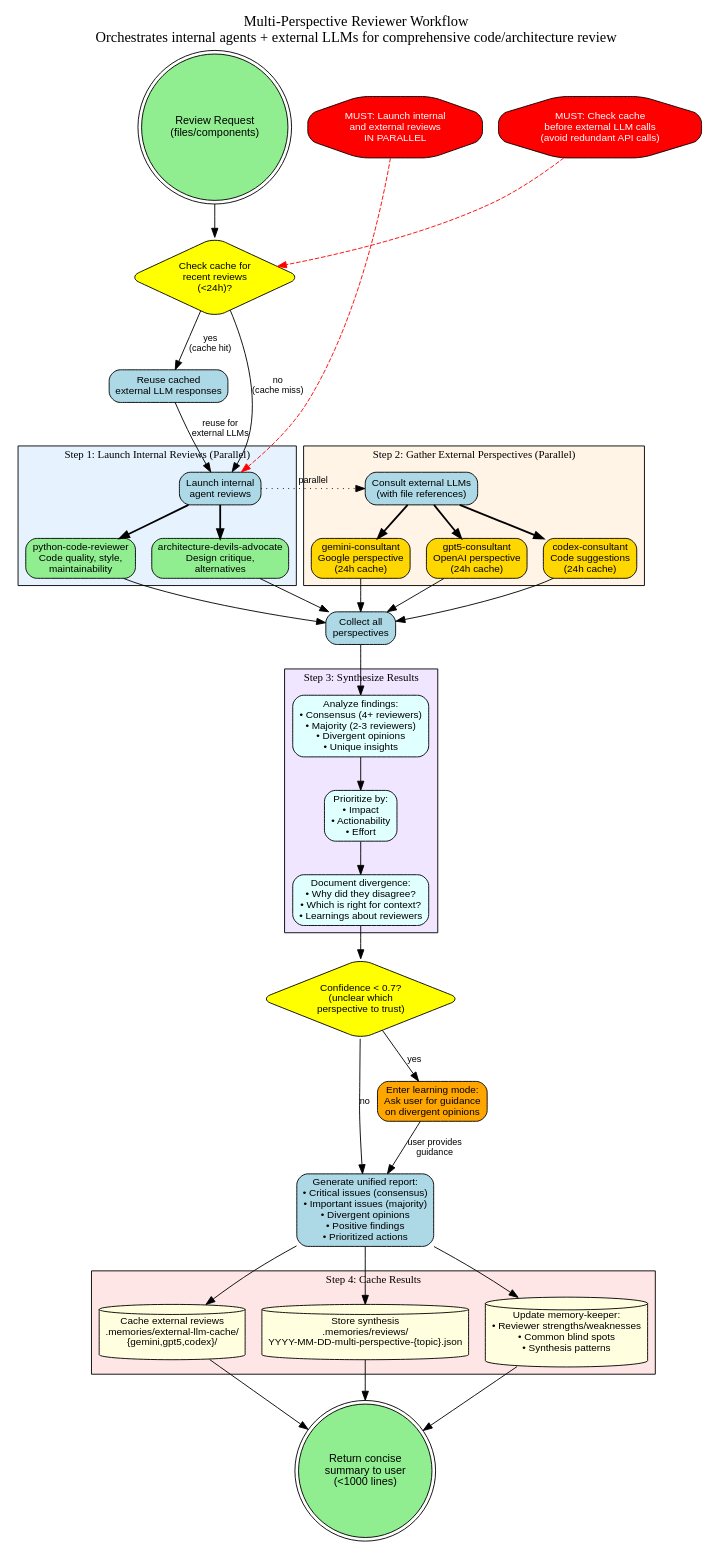
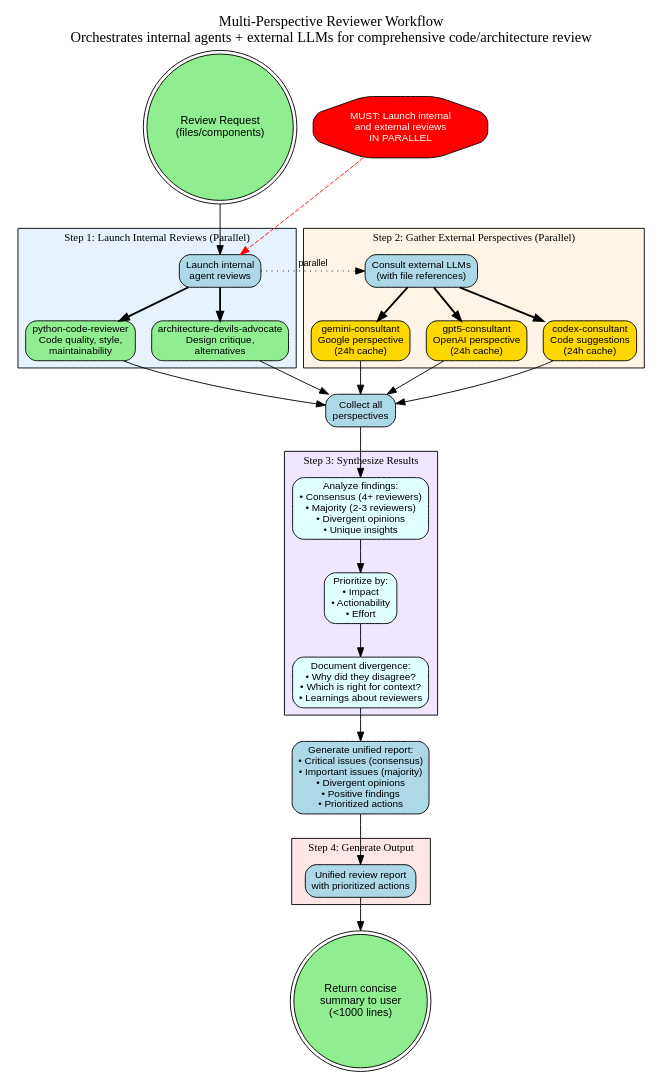
One commit to ravila4/claude-code-config changed the diagram in claude/agents/diagrams/multi-perspective-reviewer-workflow.dot. Above: the diagram before and after it, drawn with Graphviz. The commit also changed 33 other files, not shown here.

First line of the commit message:
chore: remove non-existent memory-keeper agent and learning mode refs

```diff
--- a/claude/agents/diagrams/multi-perspective-reviewer-workflow.dot
+++ b/claude/agents/diagrams/multi-perspective-reviewer-workflow.dot
@@ -1,160 +1,127 @@
 digraph MultiPerspectiveReviewer {
     rankdir = TB;
     compound = true;
     newrank = true;
 
     // Title
     labelloc = "t";
     label = "Multi-Perspective Reviewer Workflow\nOrchestrates internal agents + external LLMs for comprehensive code/architecture review";
     fontsize = 16;
     fontname = "Arial Bold";
 
     // Node defaults
     node [fontname="Arial", fontsize=11, style="rounded,filled"];
     edge [fontname="Arial", fontsize=10];
 
     // Entry point
     Start [label="Review Request\n(files/components)", shape=doublecircle, fillcolor=lightgreen, fontsize=12];
 
-    // Step 1: Check cache
-    CheckCache [label="Check cache for\nrecent reviews\n(<24h)?", shape=diamond, fillcolor=yellow];
-
-    UseCache [label="Reuse cached\nexternal LLM responses", shape=box, fillcolor=lightblue];
-
-    // Step 2: Launch internal reviews (parallel)
+    // Step 1: Launch internal reviews (parallel)
     subgraph cluster_internal {
         label = "Step 1: Launch Internal Reviews (Parallel)";
         style = filled;
         fillcolor = "#e6f3ff";
         fontsize = 12;
         fontname = "Arial Bold";
 
         LaunchInternal [label="Launch internal\nagent reviews", shape=box, fillcolor=lightblue];
 
         PythonReviewer [label="python-code-reviewer\nCode quality, style,\nmaintainability", shape=box, fillcolor="#90EE90"];
 
         ArchReviewer [label="architecture-devils-advocate\nDesign critique,\nalternatives", shape=box, fillcolor="#90EE90"];
     }
 
     // Step 3: Consult external LLMs (parallel)
     subgraph cluster_external {
         label = "Step 2: Gather External Perspectives (Parallel)";
         style = filled;
         fillcolor = "#fff4e6";
         fontsize = 12;
         fontname = "Arial Bold";
 
         LaunchExternal [label="Consult external LLMs\n(with file references)", shape=box, fillcolor=lightblue];
 
         GeminiConsult [label="gemini-consultant\nGoogle perspective\n(24h cache)", shape=box, fillcolor="#FFD700"];
 
         GPT5Consult [label="gpt5-consultant\nOpenAI perspective\n(24h cache)", shape=box, fillcolor="#FFD700"];
 
         CodexConsult [label="codex-consultant\nCode suggestions\n(24h cache)", shape=box, fillcolor="#FFD700"];
     }
 
     // Collect results
     CollectResults [label="Collect all\nperspectives", shape=box, fillcolor=lightblue];
 
     // Step 4: Synthesis
     subgraph cluster_synthesis {
         label = "Step 3: Synthesize Results";
         style = filled;
         fillcolor = "#f0e6ff";
         fontsize = 12;
         fontname = "Arial Bold";
 
         Analyze [label="Analyze findings:\n• Consensus (4+ reviewers)\n• Majority (2-3 reviewers)\n• Divergent opinions\n• Unique insights", shape=box, fillcolor=lightcyan];
 
         Prioritize [label="Prioritize by:\n• Impact\n• Actionability\n• Effort", shape=box, fillcolor=lightcyan];
 
         Document [label="Document divergence:\n• Why did they disagree?\n• Which is right for context?\n• Learnings about reviewers", shape=box, fillcolor=lightcyan];
     }
 
     // Output
     GenerateReport [label="Generate unified report:\n• Critical issues (consensus)\n• Important issues (majority)\n• Divergent opinions\n• Positive findings\n• Prioritized actions", shape=box, fillcolor=lightblue];
 
-    // Step 5: Cache and store
-    subgraph cluster_storage {
-        label = "Step 4: Cache Results";
+    // Step 5: Output
+    subgraph cluster_output {
+        label = "Step 4: Generate Output";
         style = filled;
         fillcolor = "#ffe6e6";
         fontsize = 12;
         fontname = "Arial Bold";
 
-        StoreExternal [label="Cache external reviews\n.memories/external-llm-cache/\n{gemini,gpt5,codex}/", shape=cylinder, fillcolor=lightyellow];
-
-        StoreSynthesis [label="Store synthesis\n.memories/reviews/\nYYYY-MM-DD-multi-perspective-{topic}.json", shape=cylinder, fillcolor=lightyellow];
-
-        UpdateMemory [label="Update memory-keeper:\n• Reviewer strengths/weaknesses\n• Common blind spots\n• Synthesis patterns", shape=cylinder, fillcolor=lightyellow];
+        FinalReport [label="Unified review report\nwith prioritized actions", shape=box, fillcolor=lightblue];
     }
 
     // Exit
     End [label="Return concise\nsummary to user\n(<1000 lines)", shape=doublecircle, fillcolor=lightgreen, fontsize=12];
 
     // Important constraints
     ParallelConstraint [label="MUST: Launch internal\nand external reviews\nIN PARALLEL", shape=octagon, fillcolor=red, fontcolor=white];
 
-    CacheConstraint [label="MUST: Check cache\nbefore external LLM calls\n(avoid redundant API calls)", shape=octagon, fillcolor=red, fontcolor=white];
-
-    // Learning mode trigger
-    LearningTrigger [label="Confidence < 0.7?\n(unclear which\nperspective to trust)", shape=diamond, fillcolor=yellow];
-
-    EnterLearning [label="Enter learning mode:\nAsk user for guidance\non divergent opinions", shape=box, fillcolor=orange];
-
     // Flow
-    Start -> CheckCache;
-
-    CheckCache -> UseCache [label="yes\n(cache hit)"];
-    CheckCache -> LaunchInternal [label="no\n(cache miss)"];
-
-    UseCache -> LaunchInternal [label="reuse for\nexternal LLMs"];
+    Start -> LaunchInternal;
 
     // Internal reviews (parallel)
     LaunchInternal -> PythonReviewer [style=bold];
     LaunchInternal -> ArchReviewer [style=bold];
 
     // External consultations (parallel)
     LaunchInternal -> LaunchExternal [style=dotted, label="parallel"];
 
     LaunchExternal -> GeminiConsult [style=bold];
     LaunchExternal -> GPT5Consult [style=bold];
     LaunchExternal -> CodexConsult [style=bold];
 
     // Collect from all sources
     PythonReviewer -> CollectResults;
     ArchReviewer -> CollectResults;
     GeminiConsult -> CollectResults;
     GPT5Consult -> CollectResults;
     CodexConsult -> CollectResults;
 
     // Synthesis pipeline
     CollectResults -> Analyze;
     Analyze -> Prioritize;
     Prioritize -> Document;
 
-    Document -> LearningTrigger;
+    Document -> GenerateReport;
 
-    LearningTrigger -> EnterLearning [label="yes"];
-    LearningTrigger -> GenerateReport [label="no"];
-
-    EnterLearning -> GenerateReport [label="user provides\nguidance"];
-
-    // Storage
-    GenerateReport -> StoreExternal;
-    GenerateReport -> StoreSynthesis;
-    GenerateReport -> UpdateMemory;
-
-    StoreExternal -> End;
-    StoreSynthesis -> End;
-    UpdateMemory -> End;
+    // Output
+    GenerateReport -> FinalReport;
+    FinalReport -> End;
 
     // Constraints positioning
     ParallelConstraint -> LaunchInternal [style=dashed, color=red, constraint=false];
-    CacheConstraint -> CheckCache [style=dashed, color=red, constraint=false];
 
     // Keep steps at same rank
     { rank=same; LaunchInternal; LaunchExternal; }
     { rank=same; PythonReviewer; ArchReviewer; GeminiConsult; GPT5Consult; CodexConsult; }
-    { rank=same; StoreExternal; StoreSynthesis; UpdateMemory; }
 }
```
